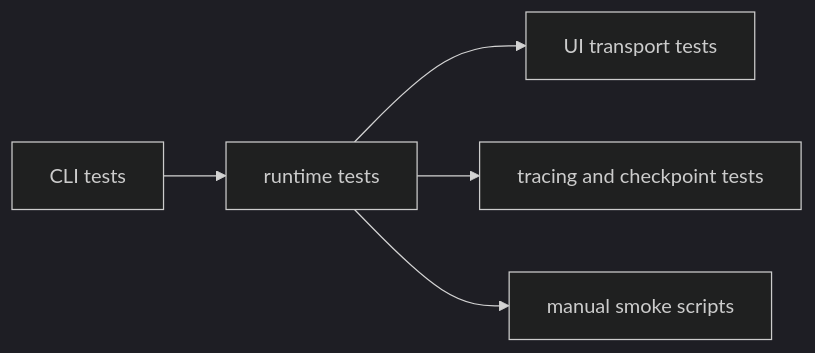
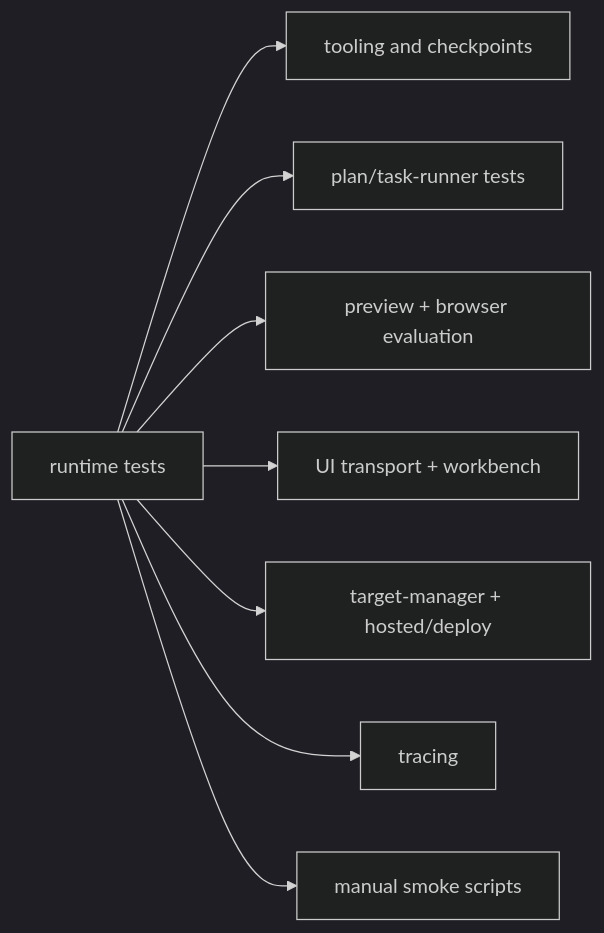
One commit to thisisyoussef/shipyard changed the diagram in shipyard/tests/README.md. Above: the diagram before and after it, drawn with Mermaid (dark theme). The commit also changed other lines of this file and 21 other files, not shown here.

First line of the commit message:
docs: refresh runtime architecture guides

````diff
--- a/shipyard/tests/README.md
+++ b/shipyard/tests/README.md
@@ -62,13 +74,19 @@
 ```mermaid
 flowchart LR
-  Cli["CLI tests"]
   Runtime["runtime tests"]
-  Ui["UI transport tests"]
-  Tracing["tracing and checkpoint tests"]
+  Tools["tooling and checkpoints"]
+  Plans["plan/task-runner tests"]
+  Preview["preview + browser evaluation"]
+  Ui["UI transport + workbench"]
+  Hosted["target-manager + hosted/deploy"]
+  Trace["tracing"]
   Manual["manual smoke scripts"]
 
-  Cli --> Runtime
+  Runtime --> Tools
+  Runtime --> Plans
+  Runtime --> Preview
   Runtime --> Ui
-  Runtime --> Tracing
+  Runtime --> Hosted
+  Runtime --> Trace
   Runtime --> Manual
 ```
````
